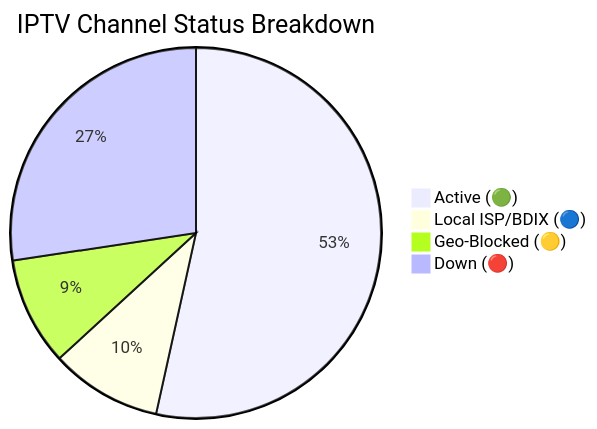
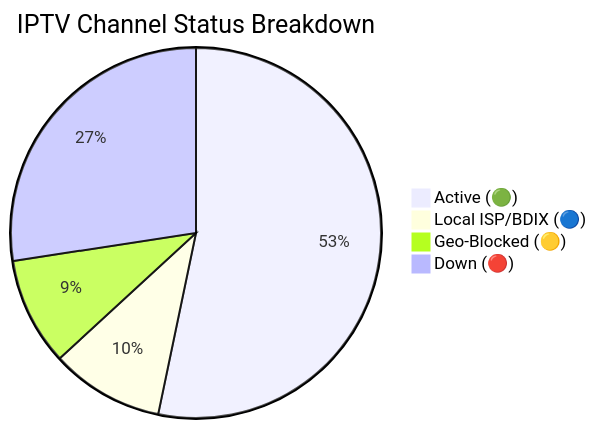
Before and after one commit to f6388600-ai/Web: the diagram in README.md, drawn with Mermaid. The commit also changed other lines of this file and 6 other files, not shown here.

````diff
--- a/README.md
+++ b/README.md
@@ -149,7 +149,7 @@
 ```mermaid
 pie title IPTV Channel Status Breakdown
-    "Active (🟢)" : 9285
-    "Local ISP/BDIX (🔵)" : 1689
-    "Geo-Blocked (🟡)" : 1639
-    "Down (🔴)" : 4756
+    "Active (🟢)" : 9288
+    "Local ISP/BDIX (🔵)" : 1724
+    "Geo-Blocked (🟡)" : 1642
+    "Down (🔴)" : 4780
 ```
````
